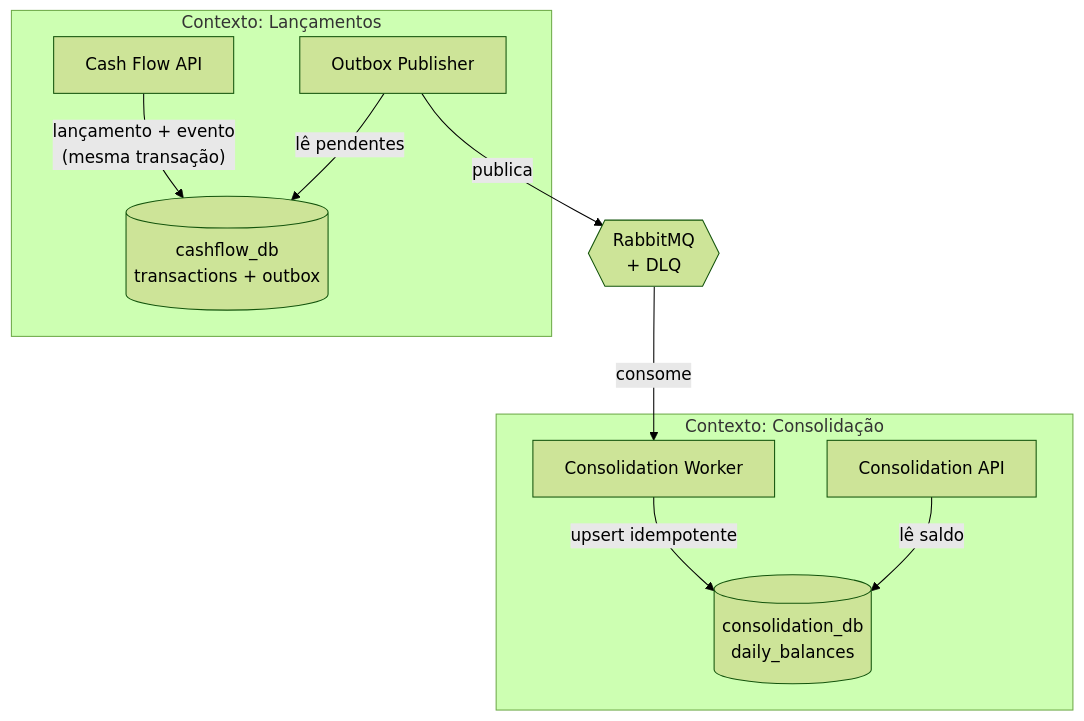
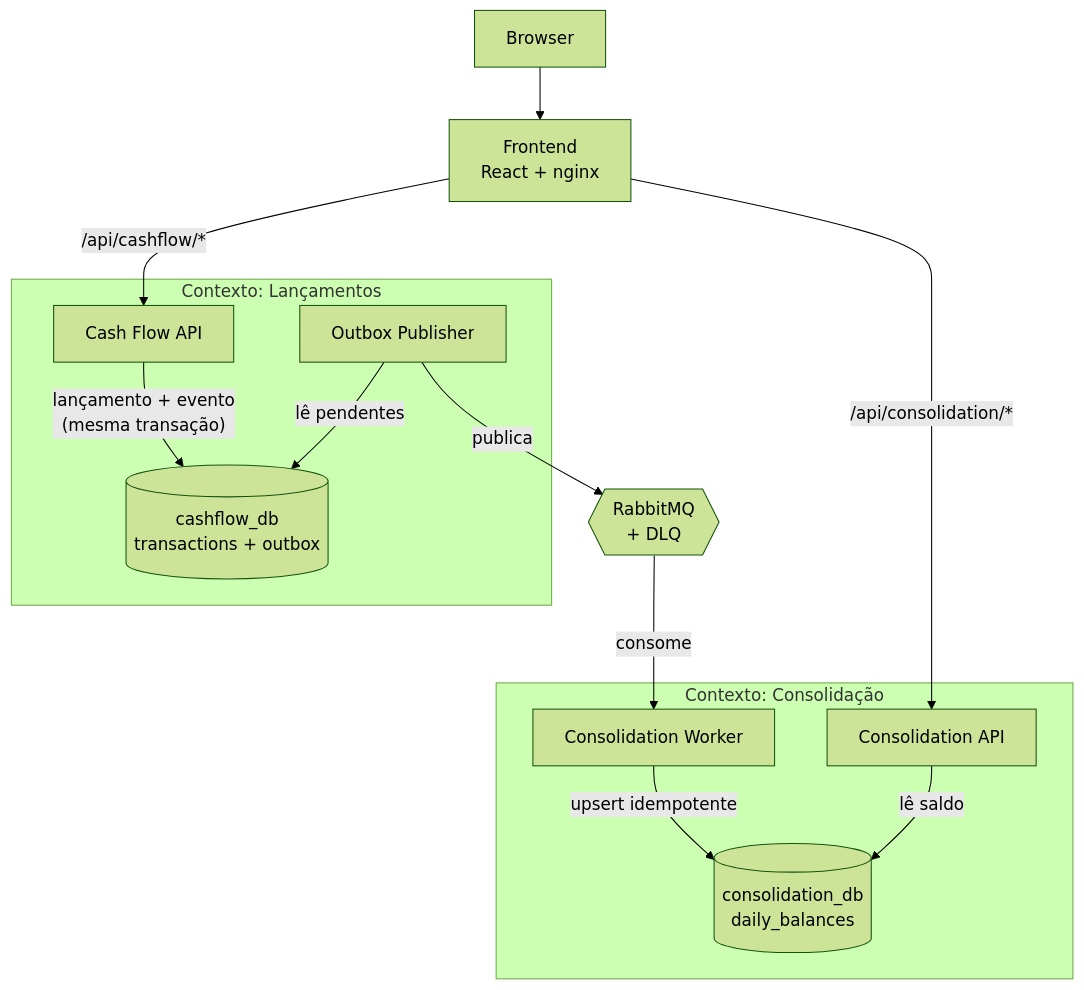
Before and after one commit to rafaelomodei/CashFlow: the diagram in README.md, drawn with Mermaid (forest theme). The commit also changed other lines of this file, not shown here.

````diff
--- a/README.md
+++ b/README.md
@@ -73,23 +30,27 @@
 ```mermaid
 graph TD
+    B["Browser"] --> FE["Frontend<br/>React + nginx"]
+
     subgraph CashFlowCtx["Contexto: Lançamentos"]
         API1["Cash Flow API"]
         DB1[("cashflow_db<br/>transactions + outbox")]
         PUB["Outbox Publisher"]
         API1 -->|"lançamento + evento<br/>(mesma transação)"| DB1
         PUB -->|lê pendentes| DB1
     end
 
     MQ{{"RabbitMQ<br/>+ DLQ"}}
 
     subgraph ConsolidationCtx["Contexto: Consolidação"]
         WK["Consolidation Worker"]
         DB2[("consolidation_db<br/>daily_balances")]
         API2["Consolidation API"]
         WK -->|upsert idempotente| DB2
         API2 -->|lê saldo| DB2
     end
 
+    FE -->|"/api/cashflow/*"| API1
+    FE -->|"/api/consolidation/*"| API2
     PUB -->|publica| MQ
     MQ -->|consome| WK
 ```
````
